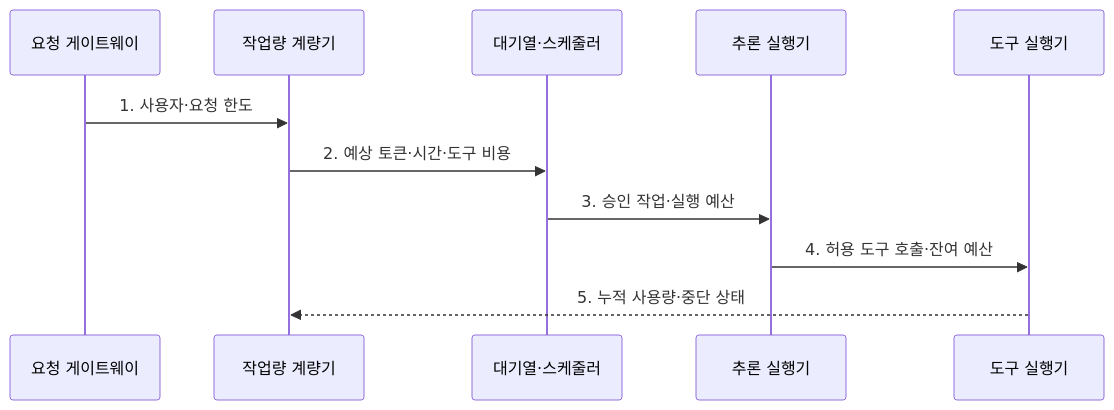
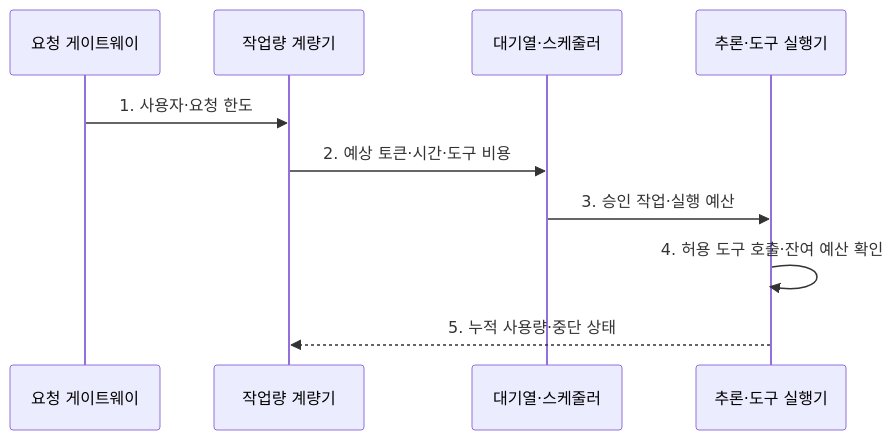
Before and after one commit to agnusdei1207/knowledge-base: the second of 2 diagrams in src/content/docs/notes/08-latest-tech/124_model_denial_of_service.md, drawn with Mermaid. The commit also changed other lines of this file and 6 other files, not shown here.

Commit message:
Reduce AI security flow participants

````diff
--- a/src/content/docs/notes/08-latest-tech/124_model_denial_of_service.md
+++ b/src/content/docs/notes/08-latest-tech/124_model_denial_of_service.md
@@ -105,13 +105,12 @@
 ```mermaid
 sequenceDiagram
   participant G as 요청 게이트웨이
   participant M as 작업량 계량기
   participant S as 대기열·스케줄러
-  participant I as 추론 실행기
-  participant T as 도구 실행기
+  participant I as 추론·도구 실행기
   G->>M: 1. 사용자·요청 한도
   M->>S: 2. 예상 토큰·시간·도구 비용
   S->>I: 3. 승인 작업·실행 예산
-  I->>T: 4. 허용 도구 호출·잔여 예산
-  T-->>M: 5. 누적 사용량·중단 상태
+  I->>I: 4. 허용 도구 호출·잔여 예산 확인
+  I-->>M: 5. 누적 사용량·중단 상태
 ```
````
